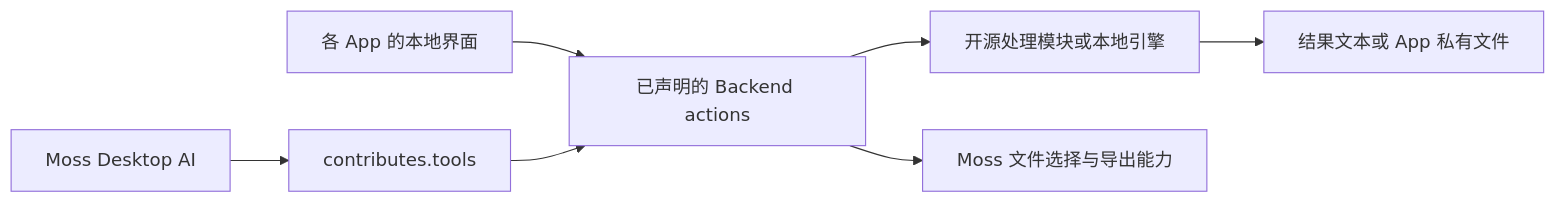
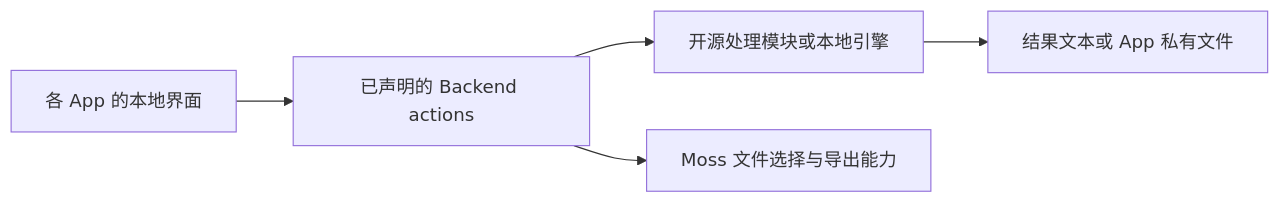
Before and after one commit to baiguidong/moss-apps: the diagram in docs/local-tool-apps-plan.md, drawn with Mermaid. The commit also changed other lines of this file and 25 other files, not shown here.

````diff
--- a/docs/local-tool-apps-plan.md
+++ b/docs/local-tool-apps-plan.md
@@ -52,9 +52,7 @@
 ```mermaid
 flowchart LR
     UI[各 App 的本地界面] --> Actions[已声明的 Backend actions]
-    AI[Moss Desktop AI] --> Tools[contributes.tools]
-    Tools --> Actions
     Actions --> Engine[开源处理模块或本地引擎]
     Actions --> Platform[Moss 文件选择与导出能力]
     Engine --> Result[结果文本或 App 私有文件]
 ```
````
